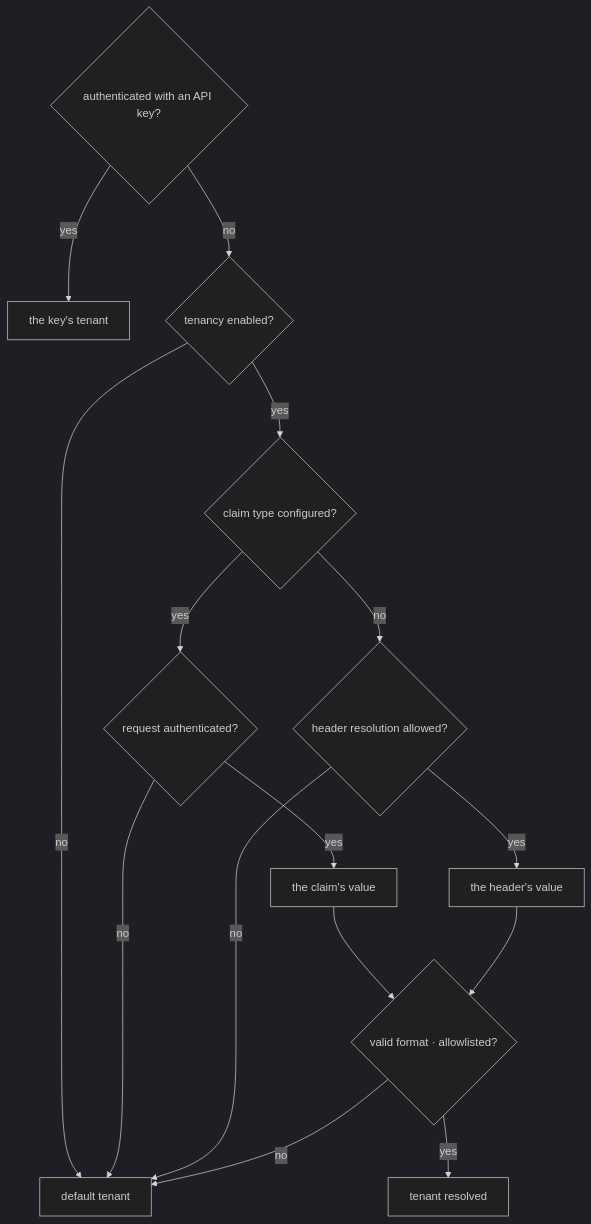
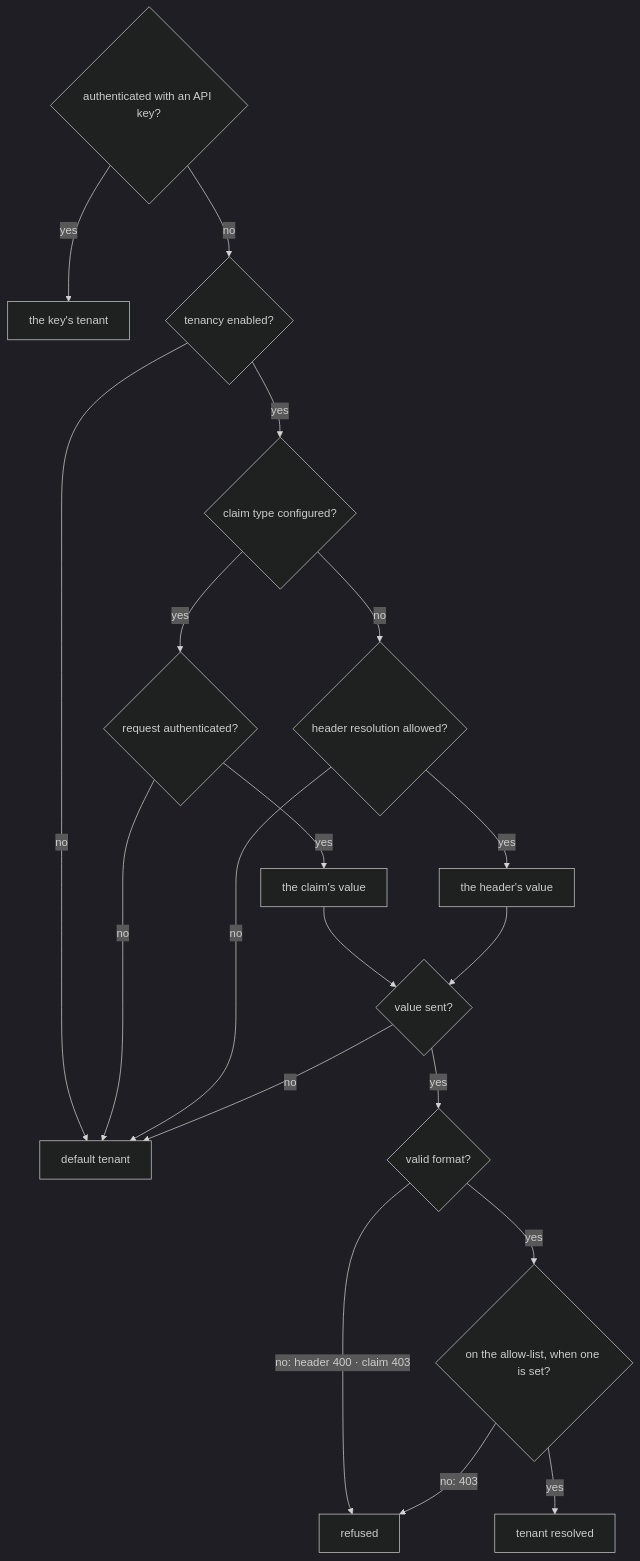
One commit to farukatasoy/Tracon changed the first of 2 diagrams in docs-site/src/content/docs/concepts/governance.md. Above: the diagram before and after it, drawn with Mermaid (dark theme). The commit also changed other lines of this file and 65 other files, not shown here.

Commit message:
feat: ask five more production decisions, refuse a malformed tenant value, add the fail-closed egress switch

````diff
--- a/docs-site/src/content/docs/concepts/governance.md
+++ b/docs-site/src/content/docs/concepts/governance.md
@@ -17,19 +17,23 @@
 ```mermaid
 flowchart TD
     accTitle: Tenant resolution order
-    accDescr: Tracon first uses an API key tenant, then configured claim or header tenancy, and otherwise resolves the built-in default tenant.
+    accDescr: Tracon first uses an API key tenant, then configured claim or header tenancy, and otherwise resolves the built-in default tenant. A value that is sent but malformed, or not on the allow-list, is refused.
     K{"authenticated with an API key?"} -->|yes| KT["the key's tenant"]
     K -->|no| S{"tenancy enabled?"}
     S -->|no| D["default tenant"]
     S -->|yes| C{"claim type configured?"}
     C -->|yes| AU{"request authenticated?"}
     AU -->|yes| CL["the claim's value"]
     AU -->|no| D
     C -->|no| H{"header resolution allowed?"}
     H -->|yes| HD["the header's value"]
     H -->|no| D
-    CL --> V{"valid format · allowlisted?"}
-    HD --> V
+    CL --> F{"value sent?"}
+    HD --> F
+    F -->|no| D
+    F -->|yes| M{"valid format?"}
+    M -->|"no: header 400 · claim 403"| X["refused"]
+    M -->|yes| V{"on the allow-list, when one is set?"}
     V -->|yes| T["tenant resolved"]
-    V -->|no| D
+    V -->|"no: 403"| X
 ```
````
